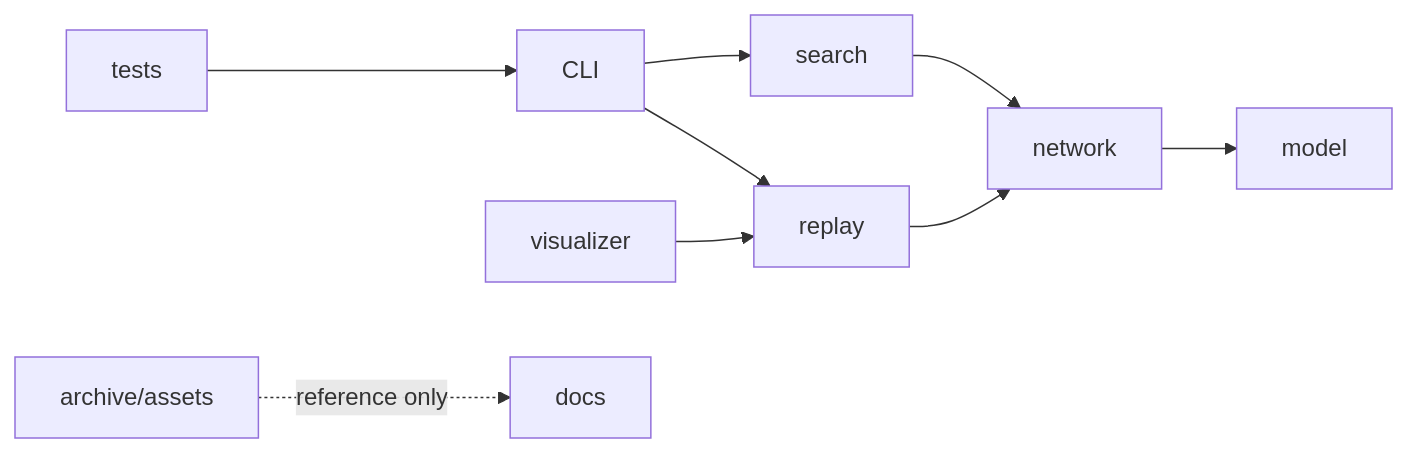
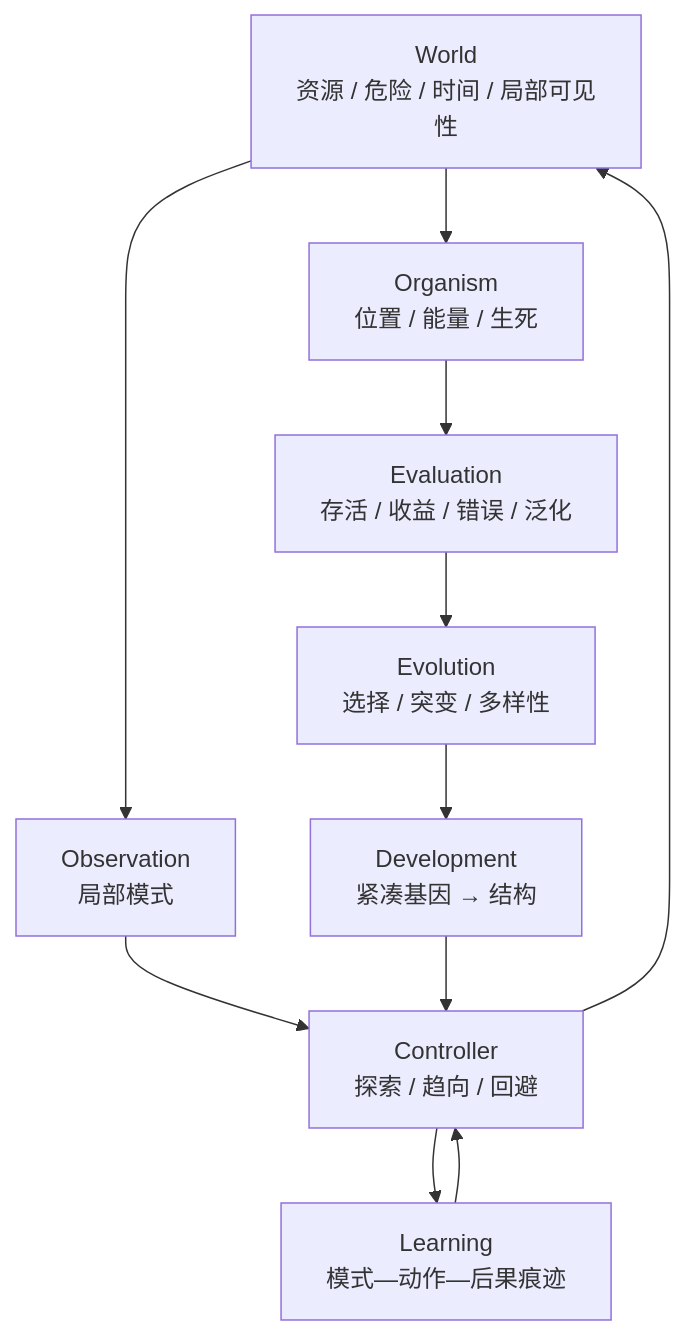
One commit to JinHisAndy/frog changed the diagram in docs/architecture.md. Above: the diagram before and after it, drawn with Mermaid. The commit also changed other lines of this file and 16 other files, not shown here.

````diff
--- a/docs/architecture.md
+++ b/docs/architecture.md
@@ -5,11 +3,24 @@
 ```mermaid
-flowchart LR
-  CLI[CLI] --> SEARCH[search]
-  CLI --> REPLAY[replay]
-  SEARCH --> NETWORK[network]
-  REPLAY --> NETWORK
-  NETWORK --> MODEL[model]
-  VIEW[visualizer] --> REPLAY
-  TESTS[tests] --> CLI
-  ARCHIVE[archive/assets] -. reference only .-> DOCS[docs]
+flowchart TB
+  WORLD[World
+资源 / 危险 / 时间 / 局部可见性]
+  BODY[Organism
+位置 / 能量 / 生死]
+  SENSE[Observation
+局部模式]
+  CONTROL[Controller
+探索 / 趋向 / 回避]
+  MEMORY[Learning
+模式—动作—后果痕迹]
+  SCORE[Evaluation
+存活 / 收益 / 错误 / 泛化]
+  EVOLVE[Evolution
+选择 / 突变 / 多样性]
+  DEV[Development
+紧凑基因 → 结构]
+
+  WORLD --> SENSE --> CONTROL --> WORLD
+  WORLD --> BODY --> SCORE
+  CONTROL --> MEMORY --> CONTROL
+  SCORE --> EVOLVE --> DEV --> CONTROL
 ```
````
